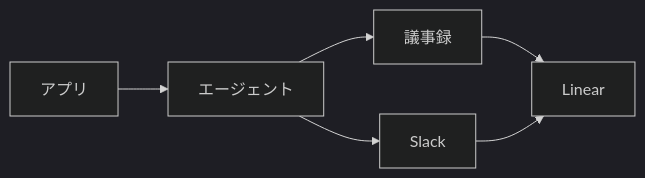
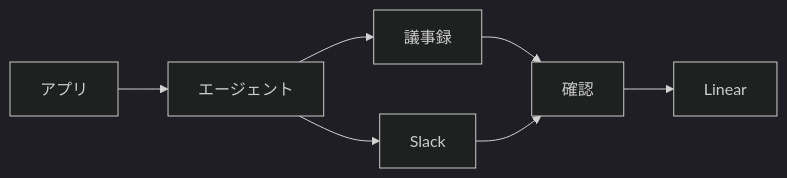
One commit to ac-nakamura-y/batb changed the diagram in docs/plumette.md. Above: the diagram before and after it, drawn with Mermaid (dark theme). The commit also changed other lines of this file and 2 other files, not shown here.

First line of the commit message:
Ask before Plumette files each issue (#22)

````diff
--- a/docs/plumette.md
+++ b/docs/plumette.md
@@ -15,8 +15,9 @@
 ```mermaid
 flowchart LR
   app[アプリ] --> agent[エージェント]
   agent --> memo[議事録]
   agent --> slack[Slack]
-  memo --> linear[Linear]
-  slack --> linear
+  memo --> ask[確認]
+  slack --> ask
+  ask --> linear[Linear]
 ```
````
